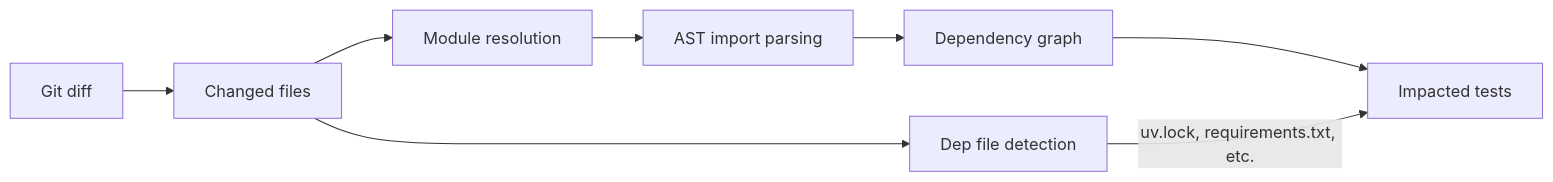
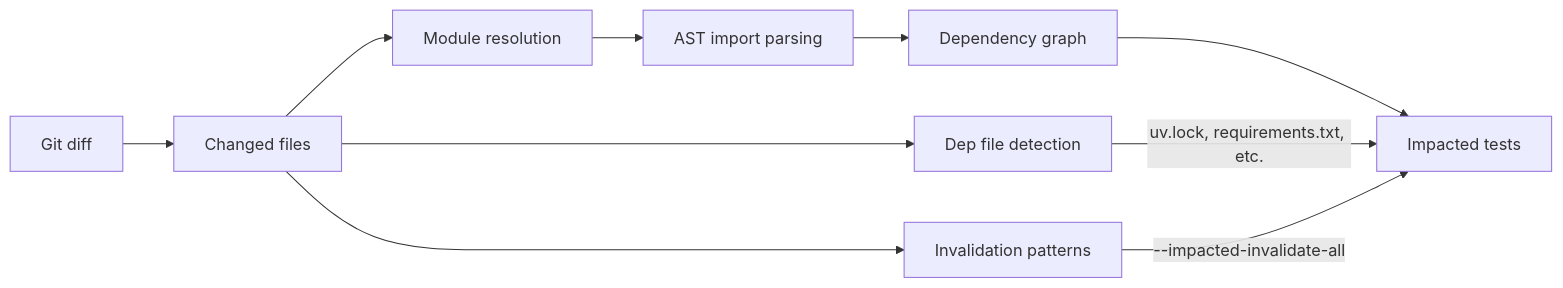
Before and after one commit to promptromp/pytest-impacted: the diagram in docs/usage.md, drawn with Mermaid. The commit also changed other lines of this file and 14 other files, not shown here.

First line of the commit message:
feat: user-defined invalidation patterns for non-Python files (#67)

````diff
--- a/docs/usage.md
+++ b/docs/usage.md
@@ -236,10 +271,12 @@
 ```mermaid
 graph LR
     A[Git diff] --> B[Changed files]
     B --> C[Module resolution]
     C --> D[AST import parsing]
     D --> E[Dependency graph]
     E --> G[Impacted tests]
     B --> F[Dep file detection]
     F -->|uv.lock, requirements.txt, etc.| G
+    B --> H[Invalidation patterns]
+    H -->|--impacted-invalidate-all| G
 ```
````
